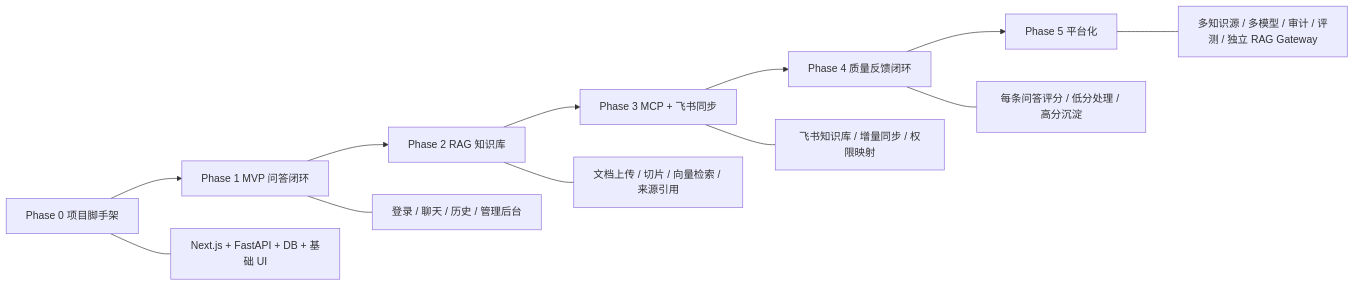
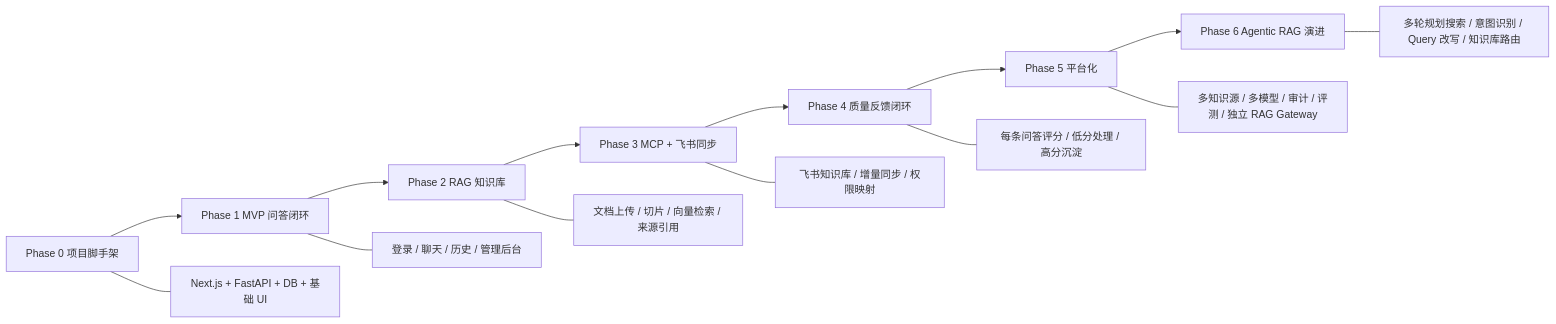
The sixth of 6 diagrams in docs/mvp-architecture.md (mylandeng/AidBot), drawn with Mermaid before and after one commit. The commit also changed other lines of this file and 16 other files, not shown here.

````diff
--- a/docs/mvp-architecture.md
+++ b/docs/mvp-architecture.md
@@ -287,15 +287,17 @@
 ```mermaid
 flowchart LR
   P0[Phase 0 项目脚手架] --> P1[Phase 1 MVP 问答闭环]
   P1 --> P2[Phase 2 RAG 知识库]
   P2 --> P3[Phase 3 MCP + 飞书同步]
   P3 --> P4[Phase 4 质量反馈闭环]
   P4 --> P5[Phase 5 平台化]
+  P5 --> P6[Phase 6 Agentic RAG 演进]
 
   P0 --- P0D[Next.js + FastAPI + DB + 基础 UI]
   P1 --- P1D[登录 / 聊天 / 历史 / 管理后台]
   P2 --- P2D[文档上传 / 切片 / 向量检索 / 来源引用]
   P3 --- P3D[飞书知识库 / 增量同步 / 权限映射]
   P4 --- P4D[每条问答评分 / 低分处理 / 高分沉淀]
   P5 --- P5D[多知识源 / 多模型 / 审计 / 评测 / 独立 RAG Gateway]
+  P6 --- P6D[多轮规划搜索 / 意图识别 / Query 改写 / 知识库路由]
 ```
````
